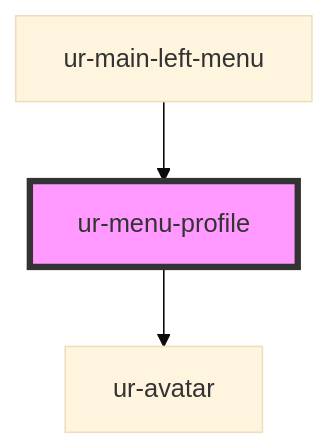
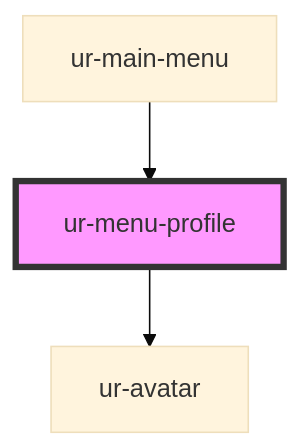
Before and after one commit to hellish/urnovl-web-components: the diagram in src/components/ur-menu-profile/readme.md, drawn with Mermaid (base theme). The commit also changed other lines of this file and 10 other files, not shown here.

````diff
--- a/src/components/ur-menu-profile/readme.md
+++ b/src/components/ur-menu-profile/readme.md
@@ -28,6 +28,6 @@
 ```mermaid
 graph TD;
   ur-menu-profile --> ur-avatar
-  ur-main-left-menu --> ur-menu-profile
+  ur-main-menu --> ur-menu-profile
   style ur-menu-profile fill:#f9f,stroke:#333,stroke-width:4px
 ```
````
